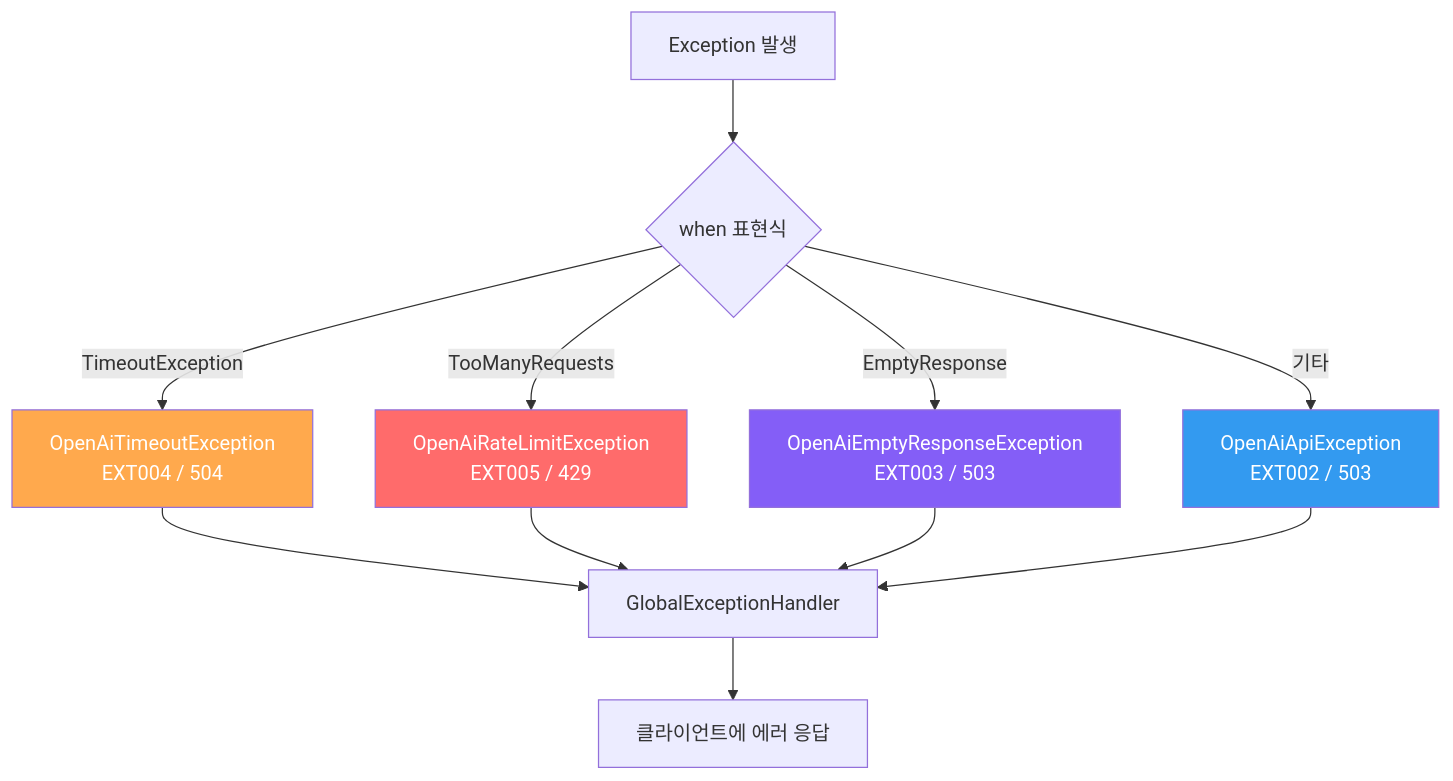
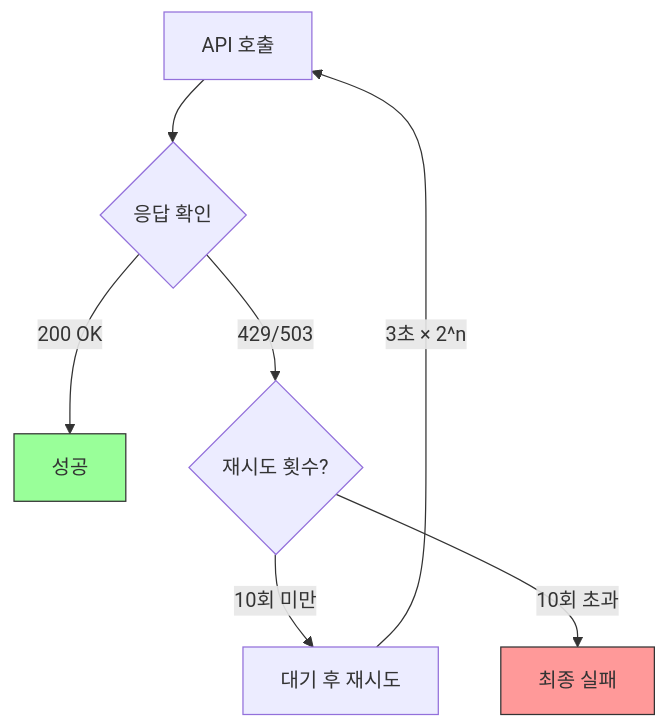
The fourth of 6 diagrams in _posts/2026-02-06-spring-webflux-openai-api-호출-최적화-개발기.md (jiwon11/jiwon11.github.io), drawn with Mermaid before and after one commit. The commit also changed other lines of this file and 4 other files, not shown here.

````diff
--- a/_posts/2026-02-06-spring-webflux-openai-api-호출-최적화-개발기.md
+++ b/_posts/2026-02-06-spring-webflux-openai-api-호출-최적화-개발기.md
@@ -245,19 +209,12 @@
 ```mermaid
 flowchart TD
-    E[Exception 발생] --> W{when 표현식}
-    W -->|TimeoutException| T[OpenAiTimeoutException<br>EXT004 / 504]
-    W -->|TooManyRequests| R[OpenAiRateLimitException<br>EXT005 / 429]
-    W -->|EmptyResponse| ER[OpenAiEmptyResponseException<br>EXT003 / 503]
-    W -->|기타| A[OpenAiApiException<br>EXT002 / 503]
+    A[API 호출] --> B{응답 확인}
+    B -->|200 OK| C[성공]
+    B -->|429/503| D{재시도 횟수?}
+    D -->|10회 미만| E[대기 후 재시도]
+    D -->|10회 초과| F[최종 실패]
+    E -->|3초 × 2^n| A
 
-    T --> G[GlobalExceptionHandler]
-    R --> G
-    ER --> G
-    A --> G
-    G --> RES[클라이언트에 에러 응답]
-
-    style T fill:#ffa94d,color:#fff
-    style R fill:#ff6b6b,color:#fff
-    style ER fill:#845ef7,color:#fff
-    style A fill:#339af0,color:#fff
+    style C fill:#9f9,stroke:#333
+    style F fill:#f99,stroke:#333
 ```
````
